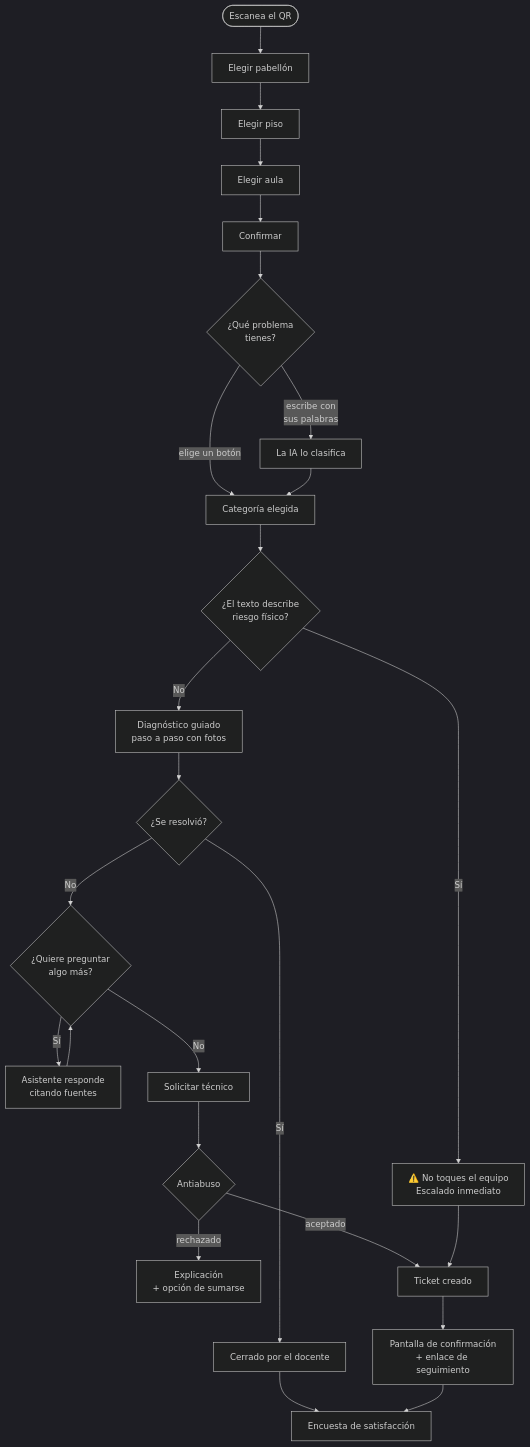
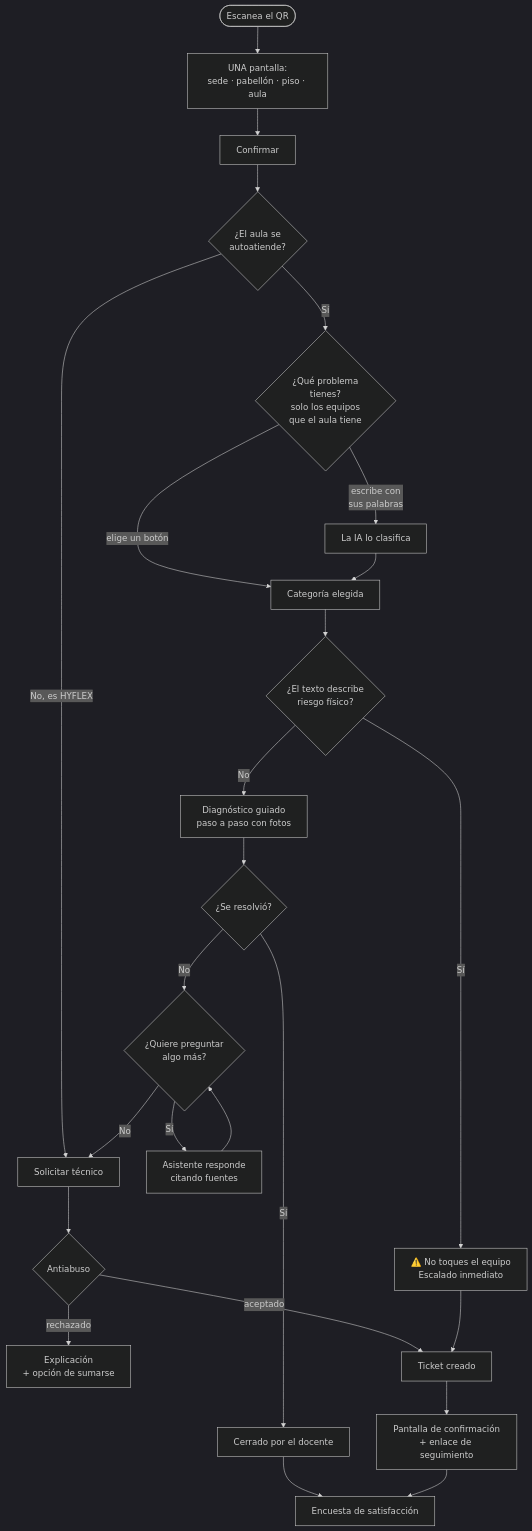
The diagram in docs/tecnica/05-flujo-del-docente.md (75220834-cloud/PROYECTO-TALLER-DE-INV.-1), drawn with Mermaid (dark theme) before and after one commit. The commit also changed other lines of this file and 12 other files, not shown here.

````diff
--- a/docs/tecnica/05-flujo-del-docente.md
+++ b/docs/tecnica/05-flujo-del-docente.md
@@ -10,33 +10,33 @@
 ```mermaid
 flowchart TD
-    QR([Escanea el QR]) --> S1[Elegir pabellón]
-    S1 --> S2[Elegir piso]
-    S2 --> S3[Elegir aula]
-    S3 --> S4[Confirmar]
-    S4 --> S5{¿Qué problema<br/>tienes?}
+    QR([Escanea el QR]) --> S1["UNA pantalla:<br/>sede · pabellón · piso · aula"]
+    S1 --> S4[Confirmar]
+    S4 --> HY{¿El aula se<br/>autoatiende?}
+    HY -->|No, es HYFLEX| ESC
+    HY -->|Sí| S5{¿Qué problema<br/>tienes?<br/>solo los equipos<br/>que el aula tiene}
 
     S5 -->|escribe con<br/>sus palabras| IA[La IA lo clasifica]
     S5 -->|elige un botón| CAT[Categoría elegida]
     IA --> CAT
 
     CAT --> HZ{¿El texto describe<br/>riesgo físico?}
     HZ -->|Sí| STOP[⚠️ No toques el equipo<br/>Escalado inmediato]
     HZ -->|No| DG[Diagnóstico guiado<br/>paso a paso con fotos]
 
     DG --> RES{¿Se resolvió?}
     RES -->|Sí| OK[Cerrado por el docente]
     RES -->|No| PREG{¿Quiere preguntar<br/>algo más?}
 
     PREG -->|Sí| ASK[Asistente responde<br/>citando fuentes]
     ASK --> PREG
     PREG -->|No| ESC[Solicitar técnico]
 
     ESC --> AB{Antiabuso}
     AB -->|rechazado| MSG[Explicación<br/>+ opción de sumarse]
     AB -->|aceptado| TICK[Ticket creado]
     STOP --> TICK
 
     TICK --> DONE[Pantalla de confirmación<br/>+ enlace de seguimiento]
     OK --> ENC[Encuesta de satisfacción]
     DONE --> ENC
 ```
````
